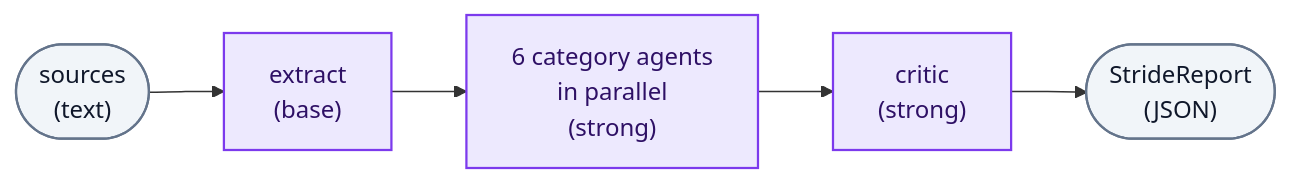
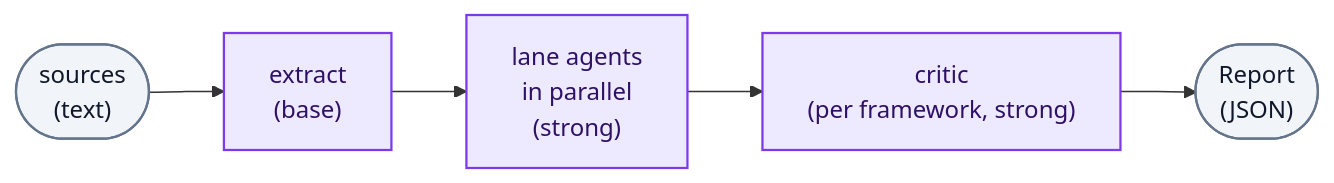
Before and after one commit to mstarks01/work-agent: the diagram in README.md, drawn with Mermaid. The commit also changed other lines of this file and 5 other files, not shown here.

````diff
--- a/README.md
+++ b/README.md
@@ -9,12 +9,12 @@
 ```mermaid
 flowchart LR
     src(["sources<br/>(text)"]) --> extract["extract<br/>(base)"]
-    extract --> analyze["6 category agents<br/>in parallel<br/>(strong)"]
-    analyze --> critic["critic<br/>(strong)"]
-    critic --> report(["StrideReport<br/>(JSON)"])
+    extract --> analyze["lane agents<br/>in parallel<br/>(strong)"]
+    analyze --> critic["critic<br/>(per framework, strong)"]
+    critic --> report(["Report<br/>(JSON)"])
 
     classDef io fill:#f1f5f9,stroke:#64748b,stroke-width:1.5px,color:#0f172a
     classDef llm fill:#ede9fe,stroke:#7c3aed,stroke-width:1.5px,color:#2e1065
     class src,report io
     class extract,analyze,critic llm
 ```
````
